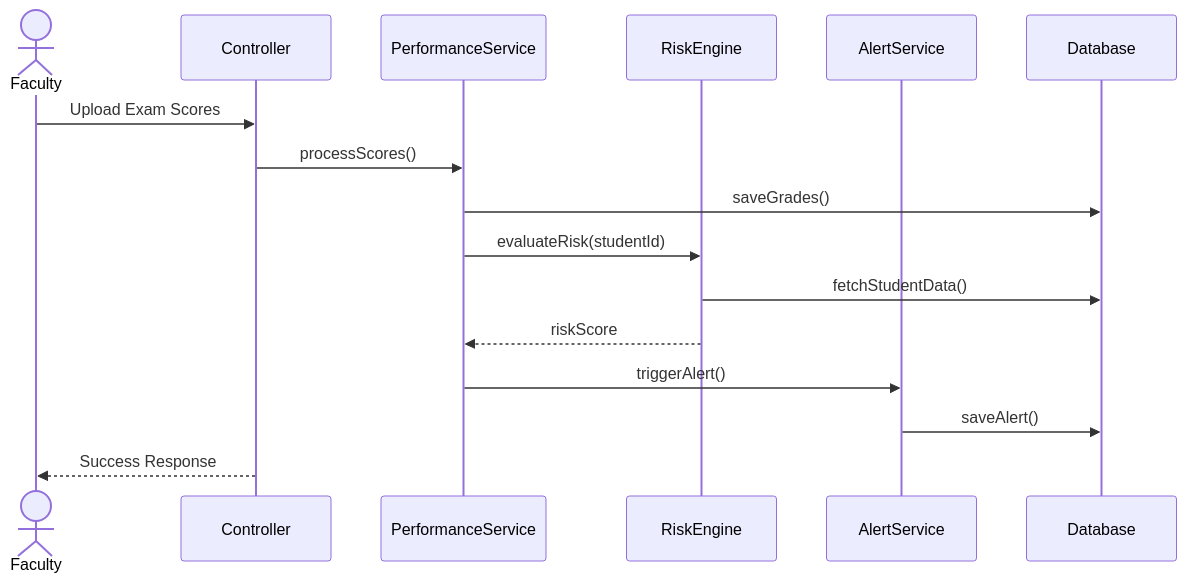
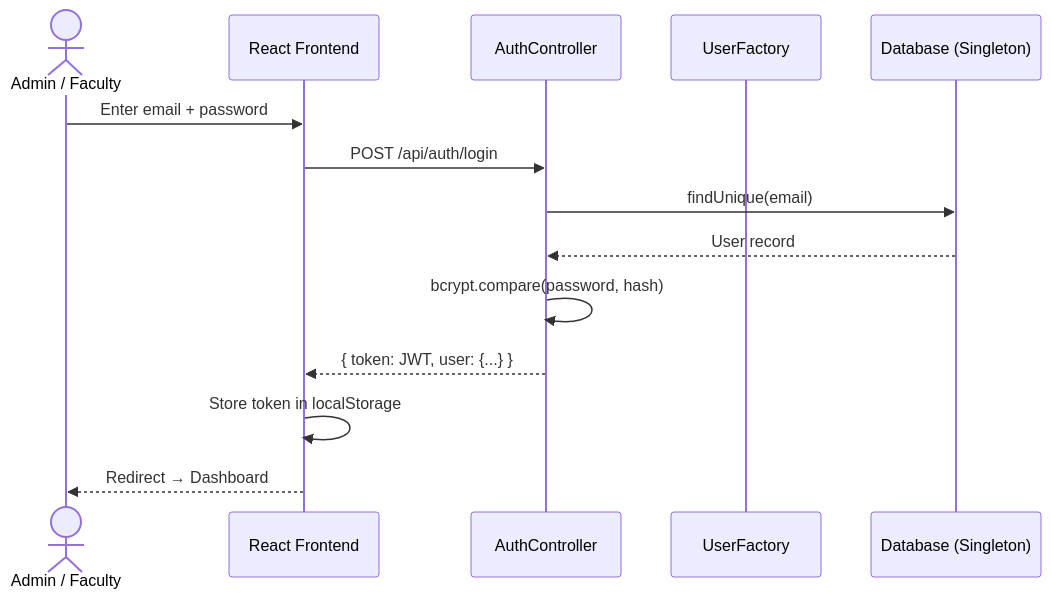
One commit to wiz-AR-d/UniMetrics changed the first of 3 diagrams in sequenceDiagram.md. Above: the diagram before and after it, drawn with Mermaid. The commit also changed other lines of this file, not shown here.

````diff
--- a/sequenceDiagram.md
+++ b/sequenceDiagram.md
@@ -3,20 +5,17 @@
 ```mermaid
 sequenceDiagram
+  actor Admin as Admin / Faculty
+  participant FE as React Frontend
+  participant Auth as AuthController
+  participant UF as UserFactory
+  participant DB as Database (Singleton)
 
-actor Faculty
-participant Controller
-participant PerformanceService
-participant RiskEngine
-participant AlertService
-participant Database
-
-Faculty->>Controller: Upload Exam Scores
-Controller->>PerformanceService: processScores()
-PerformanceService->>Database: saveGrades()
-PerformanceService->>RiskEngine: evaluateRisk(studentId)
-RiskEngine->>Database: fetchStudentData()
-RiskEngine-->>PerformanceService: riskScore
-PerformanceService->>AlertService: triggerAlert()
-AlertService->>Database: saveAlert()
-Controller-->>Faculty: Success Response
+  Admin->>FE: Enter email + password
+  FE->>Auth: POST /api/auth/login
+  Auth->>DB: findUnique(email)
+  DB-->>Auth: User record
+  Auth->>Auth: bcrypt.compare(password, hash)
+  Auth-->>FE: { token: JWT, user: {...} }
+  FE->>FE: Store token in localStorage
+  FE-->>Admin: Redirect → Dashboard
 ```
````
